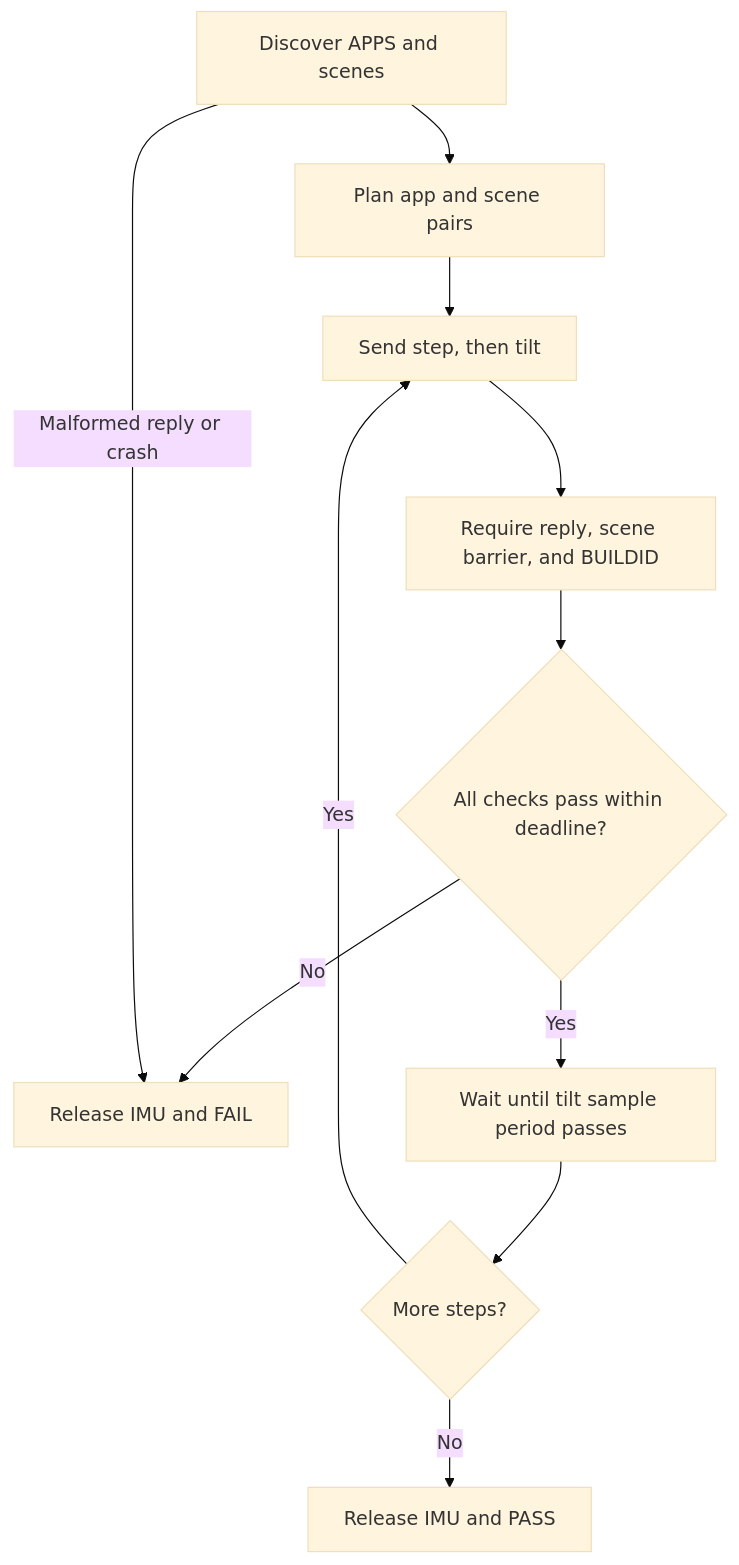
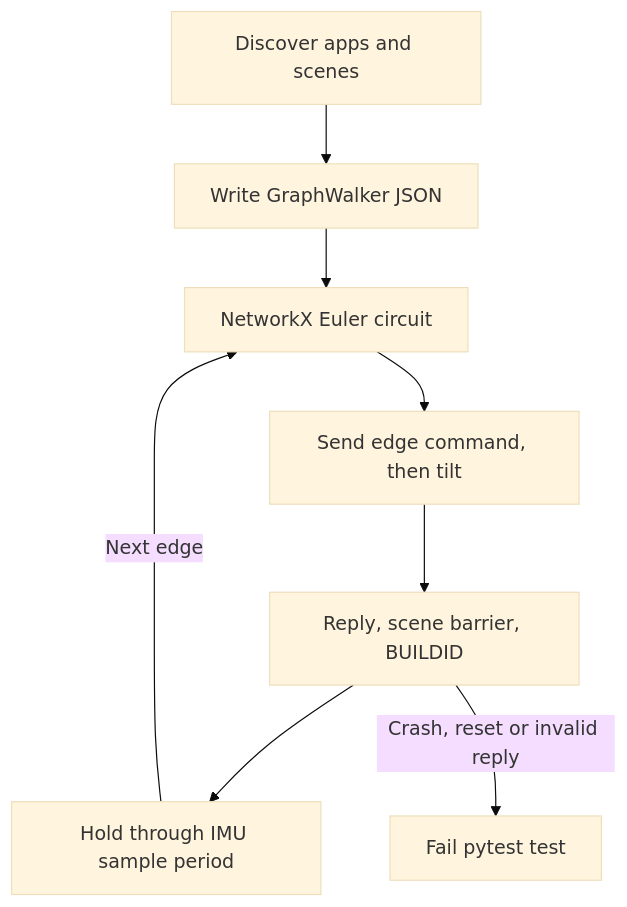
The second of 3 diagrams in docs/Testing-Guide.md (jose-villegas/autana), drawn with Mermaid (base theme) before and after one commit. The commit also changed other lines of this file and 26 other files, not shown here.

````diff
--- a/docs/Testing-Guide.md
+++ b/docs/Testing-Guide.md
@@ -503,13 +633,10 @@
 ```mermaid
 flowchart TD
-    Discover["Discover APPS and scenes"] --> Plan["Plan app and scene pairs"]
-    Plan --> Step["Send step, then tilt"]
-    Step --> Verify["Require reply, scene barrier, and BUILDID"]
-    Verify --> Valid{"All checks pass within deadline?"}
-    Valid -->|No| Fail["Release IMU and FAIL"]
-    Valid -->|Yes| Wait["Wait until tilt sample period passes"]
-    Wait --> More{"More steps?"}
-    More -->|Yes| Step
-    More -->|No| Pass["Release IMU and PASS"]
-    Discover -->|Malformed reply or crash| Fail
+    Discover["Discover apps and scenes"] --> Model["Write GraphWalker JSON"]
+    Model --> Walk["NetworkX Euler circuit"]
+    Walk --> Send["Send edge command, then tilt"]
+    Send --> Check["Reply, scene barrier, BUILDID"]
+    Check --> Hold["Hold through IMU sample period"]
+    Hold -->|Next edge| Walk
+    Check -->|Crash, reset or invalid reply| Fail["Fail pytest test"]
 ```
````
